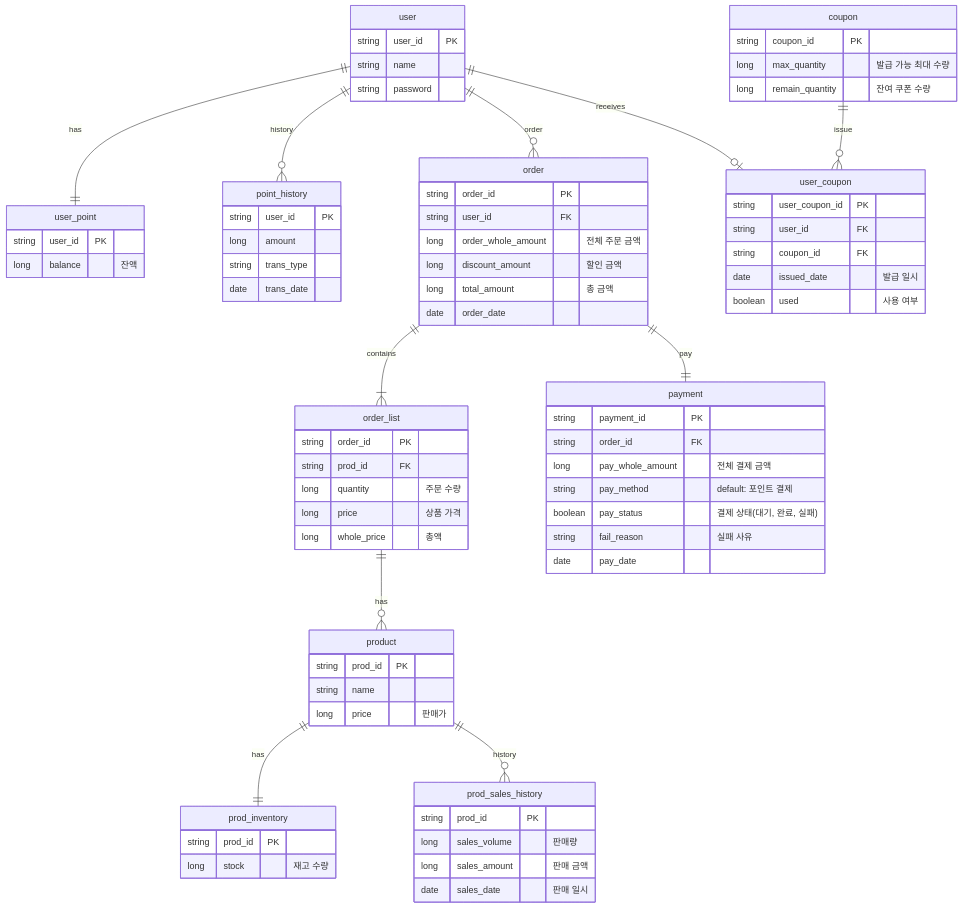
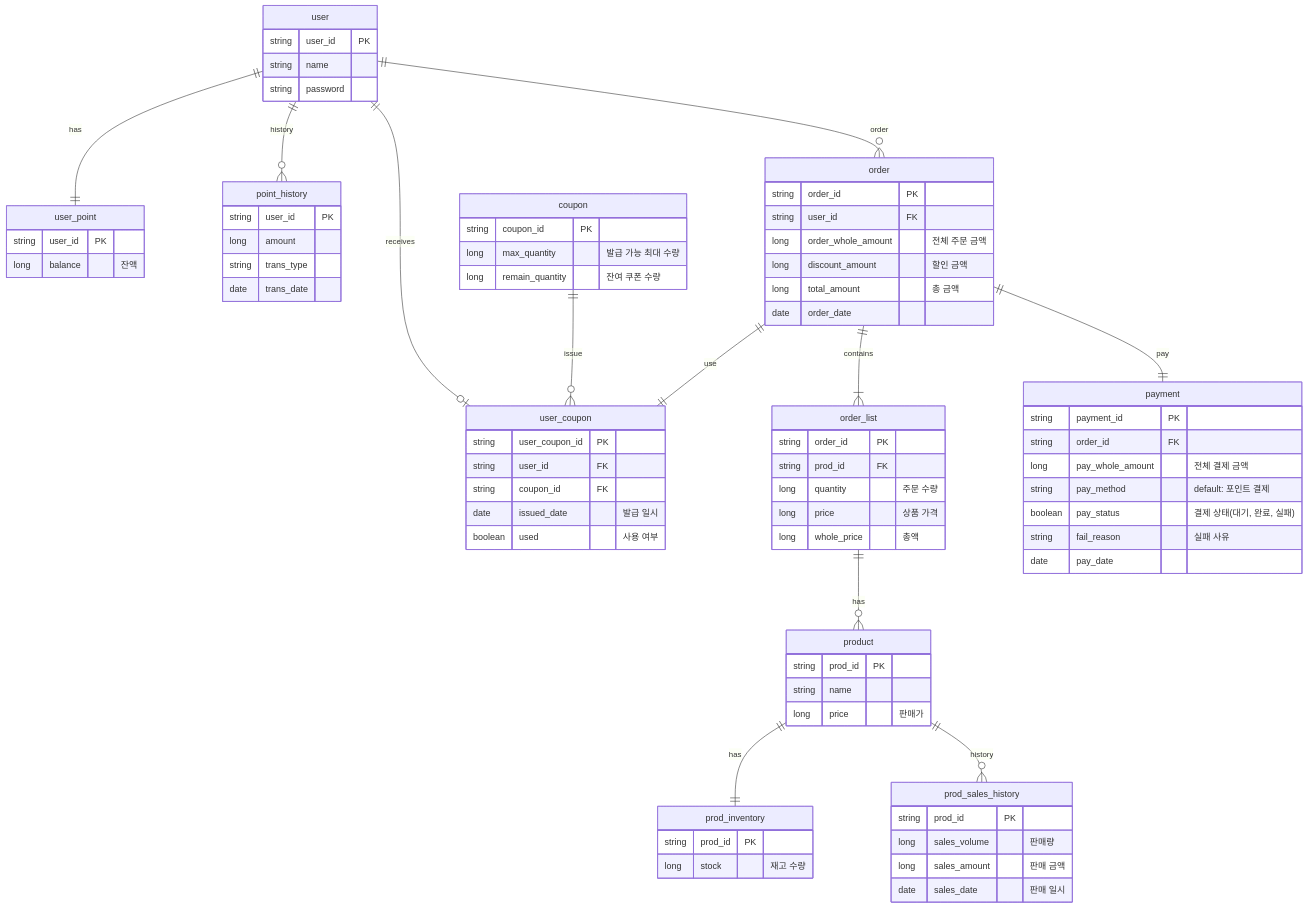
The first of 6 diagrams in docs/erdiagrams.md (JiwooJng/hhplus-ecommerce), drawn with Mermaid before and after one commit.

Commit message:
[Fix] er 다이어그램
 전체 다이어그램 - 주문 시 쿠폰 적용 누락 부분 수정

````diff
--- a/docs/erdiagrams.md
+++ b/docs/erdiagrams.md
@@ -3,79 +3,80 @@
 ```mermaid
 erDiagram
     user {
         string user_id PK
         string name
         string password
     } 
     user_point {
         string user_id PK
         long balance "잔액"
     }
     point_history {
         string user_id PK 
         long amount 
         string trans_type 
         date trans_date 
     }
     product {
         string prod_id PK
         string name 
         long price "판매가"
     }
     prod_inventory {
         string prod_id PK
         long stock "재고 수량"
     }
     prod_sales_history {
         string prod_id PK
         long sales_volume "판매량"
         long sales_amount "판매 금액"
         date sales_date "판매 일시"
     }
     coupon {
         string coupon_id PK
         long max_quantity "발급 가능 최대 수량"
         long remain_quantity "잔여 쿠폰 수량"
     }
     user_coupon {
         string user_coupon_id PK
         string user_id FK 
         string coupon_id FK
         date issued_date "발급 일시"
         boolean used "사용 여부"
     }
     order {
         string order_id PK
         string user_id FK
         long order_whole_amount "전체 주문 금액"
         long discount_amount "할인 금액"
         long total_amount "총 금액"
         date order_date
     }
     order_list {
         string order_id PK
         string prod_id FK
         long quantity "주문 수량"
         long price "상품 가격"
         long whole_price "총액"
     }
     payment { 
         string payment_id PK
         string order_id FK
         long pay_whole_amount "전체 결제 금액"
         string pay_method "default: 포인트 결제"
         boolean pay_status "결제 상태(대기, 완료, 실패)"
         string fail_reason "실패 사유"
         date pay_date
     }
     user ||--||user_point : has
     user ||--o{point_history : history
     user ||--o{order : order
     order ||--|{order_list : contains
     order ||--||payment : pay
     order_list ||--o{product : has
     product ||--||prod_inventory : has
     product ||--o{prod_sales_history : history
     user||--o|user_coupon : receives 
-    coupon ||--o{user_coupon : issue 
+    coupon ||--o{user_coupon : issue
+    order ||--||user_coupon : use
 ```
````
